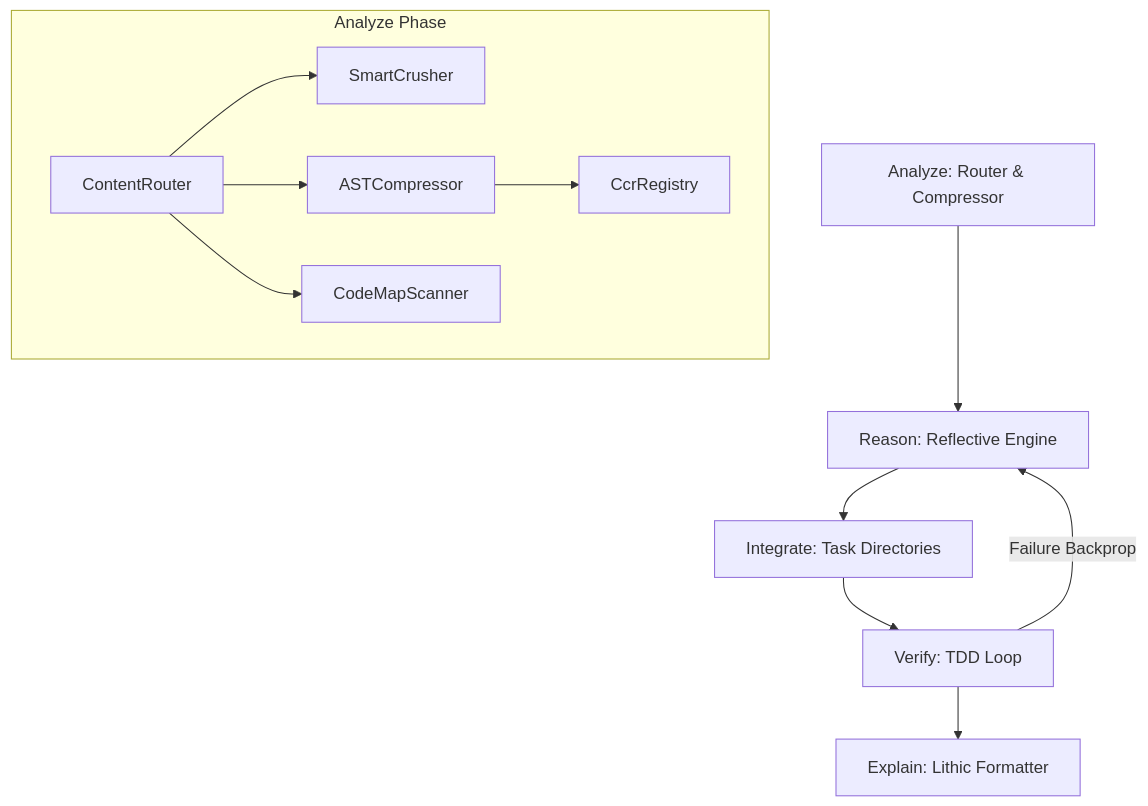
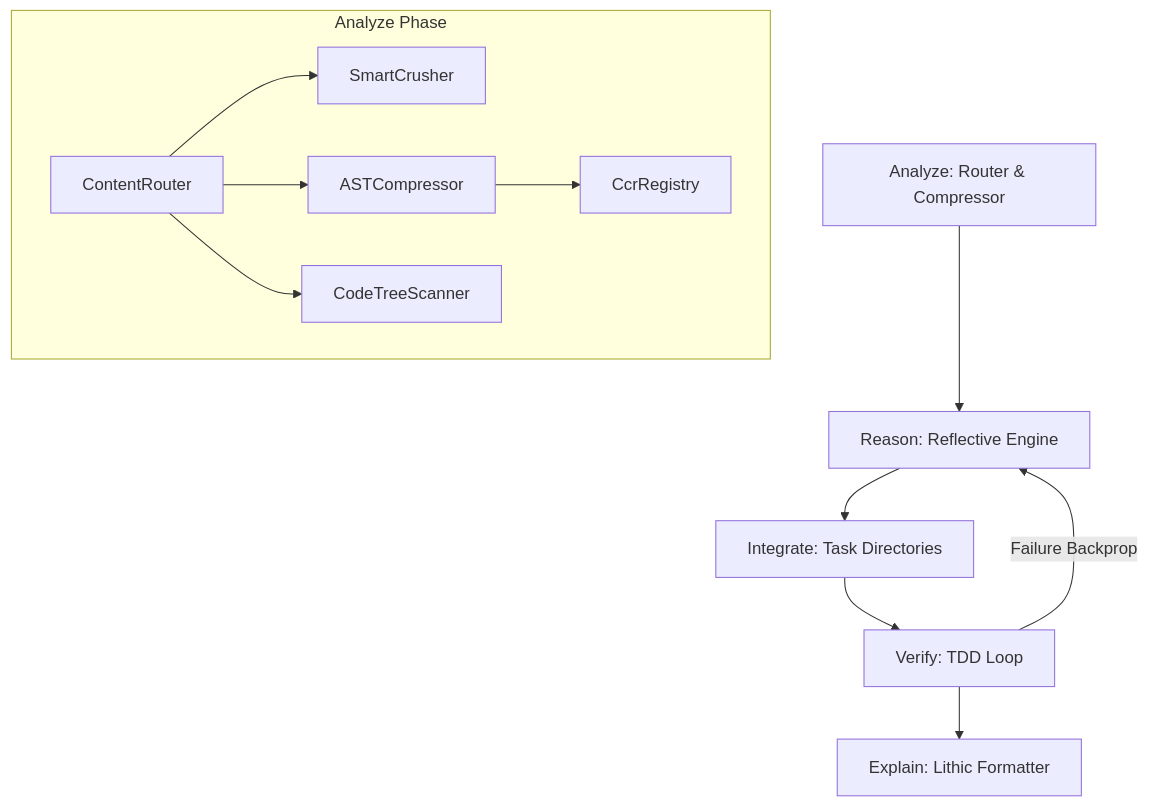
One commit to sixtysixx/ARIVE changed the diagram in README.md. Above: the diagram before and after it, drawn with Mermaid. The commit also changed other lines of this file and 96 other files, not shown here.

````diff
--- a/README.md
+++ b/README.md
@@ -16,15 +16,15 @@
 ```mermaid
 graph TD
     A[Analyze: Router & Compressor] --> R[Reason: Reflective Engine]
     R --> I[Integrate: Task Directories]
     I --> V[Verify: TDD Loop]
     V -- Failure Backprop --> R
     V --> E[Explain: Lithic Formatter]
 
     subgraph Analyze Phase
         ContentRouter --> SmartCrusher
         ContentRouter --> ASTCompressor
-        ContentRouter --> CodeMapScanner
+        ContentRouter --> CodeTreeScanner
         ASTCompressor --> CcrRegistry
     end
 ```
````
